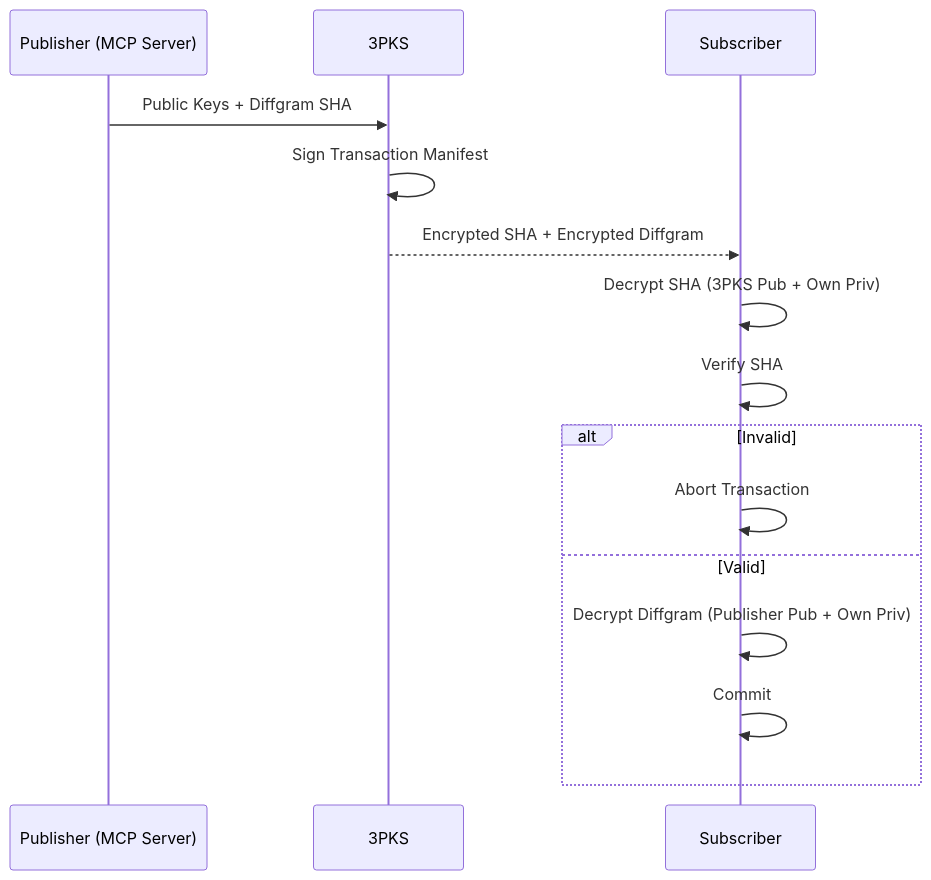
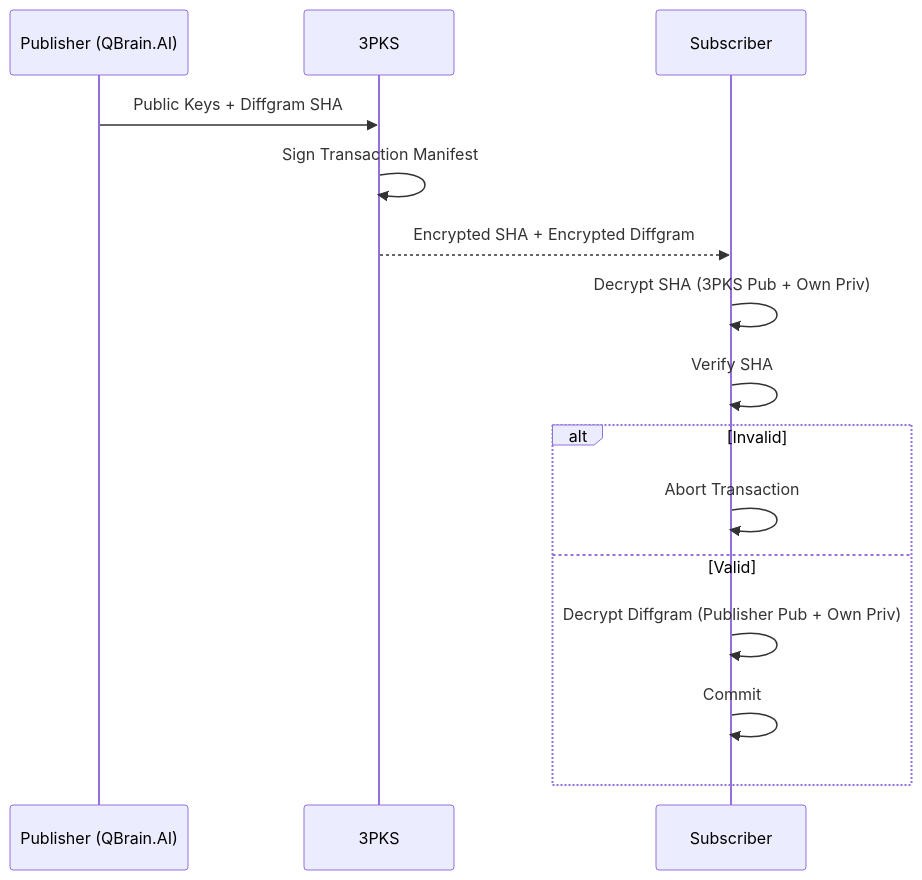
Before and after one commit to sharpninja/McpServer: the third of 6 diagrams in docs/Project/Quad-Model-Transactional-Diffgram-Plan.md, drawn with Mermaid. The commit also changed other lines of this file and 4965 other files, not shown here.

````diff
--- a/docs/Project/Quad-Model-Transactional-Diffgram-Plan.md
+++ b/docs/Project/Quad-Model-Transactional-Diffgram-Plan.md
@@ -126,19 +126,19 @@
 ```mermaid
 sequenceDiagram
-    participant P as Publisher (MCP Server)
+    participant P as Publisher (QBrain.AI)
     participant T as 3PKS
     participant S as Subscriber
 
     P->>T: Public Keys + Diffgram SHA
     T->>T: Sign Transaction Manifest
     T-->>S: Encrypted SHA + Encrypted Diffgram
 
     S->>S: Decrypt SHA (3PKS Pub + Own Priv)
     S->>S: Verify SHA
     alt Invalid
         S->>S: Abort Transaction
     else Valid
         S->>S: Decrypt Diffgram (Publisher Pub + Own Priv)
         S->>S: Commit
     end
 ```
````
